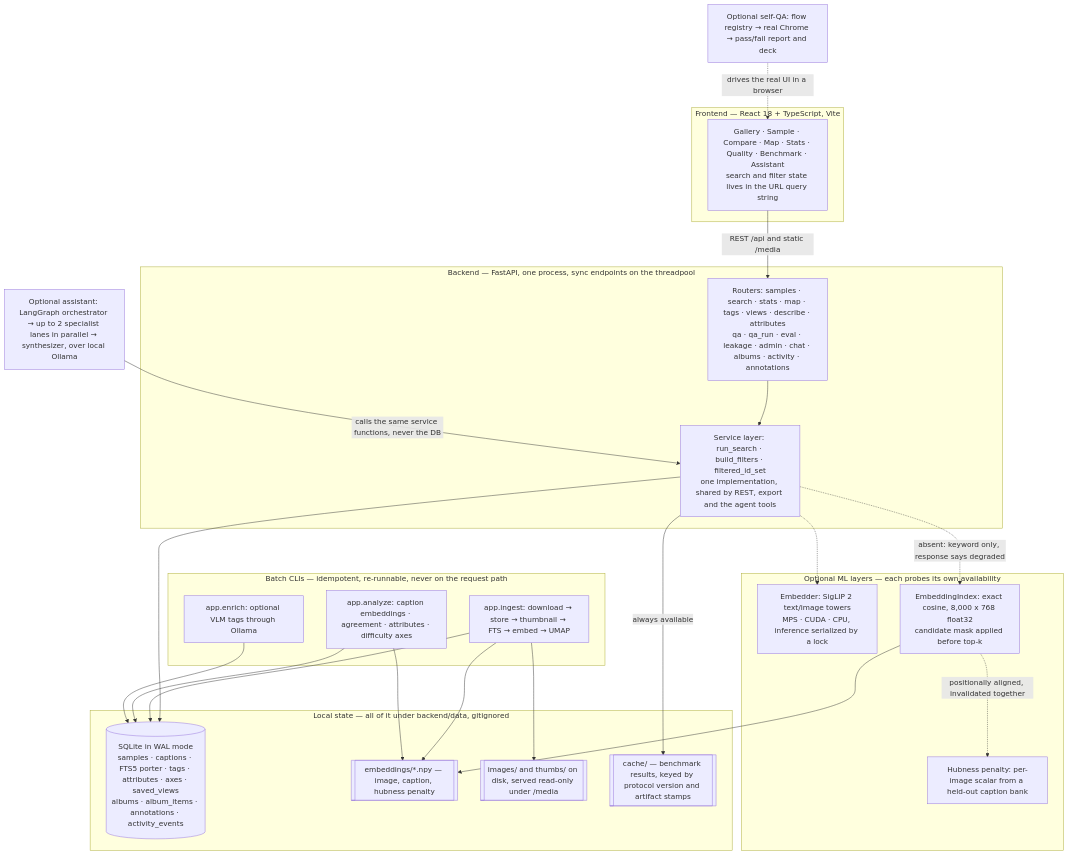
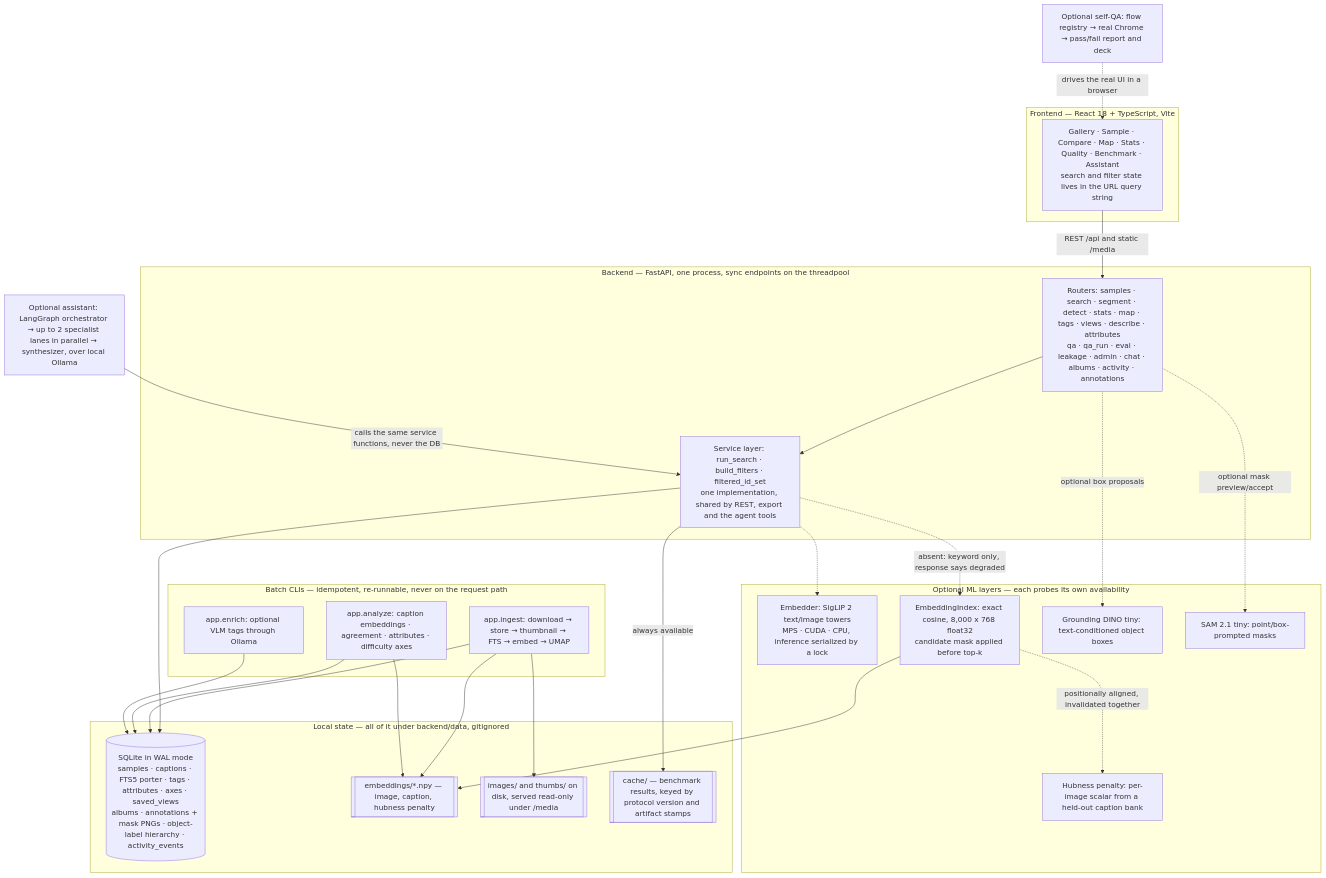
The diagram in docs/ARCHITECTURE.md (aimanyounises1/cv-dataset-explorer), drawn with Mermaid before and after one commit. The commit also changed other lines of this file and 30 other files, not shown here.

Commit message:
An object can become a mask, an annotation, and a search

````diff
--- a/docs/ARCHITECTURE.md
+++ b/docs/ARCHITECTURE.md
@@ -11,50 +11,54 @@
 ```mermaid
 flowchart TB
   subgraph fe["Frontend — React 18 + TypeScript, Vite"]
     UI["Gallery · Sample · Compare · Map · Stats · Quality · Benchmark · Assistant<br/>search and filter state lives in the URL query string"]
   end
 
   subgraph be["Backend — FastAPI, one process, sync endpoints on the threadpool"]
-    RT["Routers: samples · search · stats · map · tags · views · describe · attributes<br/>qa · qa_run · eval · leakage · admin · chat · albums · activity · annotations"]
+    RT["Routers: samples · search · segment · detect · stats · map · tags · views · describe · attributes<br/>qa · qa_run · eval · leakage · admin · chat · albums · activity · annotations"]
     SV["Service layer: run_search · build_filters · filtered_id_set<br/>one implementation, shared by REST, export and the agent tools"]
   end
 
   subgraph ml["Optional ML layers — each probes its own availability"]
     EM["Embedder: SigLIP 2 text/image towers<br/>MPS · CUDA · CPU, inference serialized by a lock"]
     IX["EmbeddingIndex: exact cosine, 8,000 x 768 float32<br/>candidate mask applied before top-k"]
     HB["Hubness penalty: per-image scalar from a held-out caption bank"]
+    OD["Grounding DINO tiny: text-conditioned object boxes"]
+    SG["SAM 2.1 tiny: point/box-prompted masks"]
   end
 
   subgraph st["Local state — all of it under backend/data, gitignored"]
-    DB[("SQLite in WAL mode<br/>samples · captions · FTS5 porter · tags · attributes · axes · saved_views<br/>albums · album_items · annotations · activity_events")]
+    DB[("SQLite in WAL mode<br/>samples · captions · FTS5 porter · tags · attributes · axes · saved_views<br/>albums · annotations + mask PNGs · object-label hierarchy · activity_events")]
     NP[["embeddings/*.npy — image, caption, hubness penalty"]]
     IM[["images/ and thumbs/ on disk, served read-only under /media"]]
     CA[["cache/ — benchmark results, keyed by protocol version and artifact stamps"]]
   end
 
   subgraph bt["Batch CLIs — idempotent, re-runnable, never on the request path"]
     IG["app.ingest: download → store → thumbnail → FTS → embed → UMAP"]
     AN["app.analyze: caption embeddings · agreement · attributes · difficulty axes"]
     EN["app.enrich: optional VLM tags through Ollama"]
   end
 
   AG["Optional assistant: LangGraph orchestrator → up to 2 specialist lanes in parallel → synthesizer, over local Ollama"]
   QA["Optional self-QA: flow registry → real Chrome → pass/fail report and deck"]
 
   UI -->|"REST /api and static /media"| RT
   RT --> SV
   SV --> DB
   SV -->|"always available"| CA
   SV -.->|"absent: keyword only, response says degraded"| IX
   SV -.-> EM
+  RT -.->|"optional box proposals"| OD
+  RT -.->|"optional mask preview/accept"| SG
   IX --> NP
   IX -.->|"positionally aligned, invalidated together"| HB
   AG -->|"calls the same service functions, never the DB"| SV
   QA -.->|"drives the real UI in a browser"| UI
   IG --> DB
   IG --> NP
   IG --> IM
   AN --> DB
   AN --> NP
   EN --> DB
 ```
````
